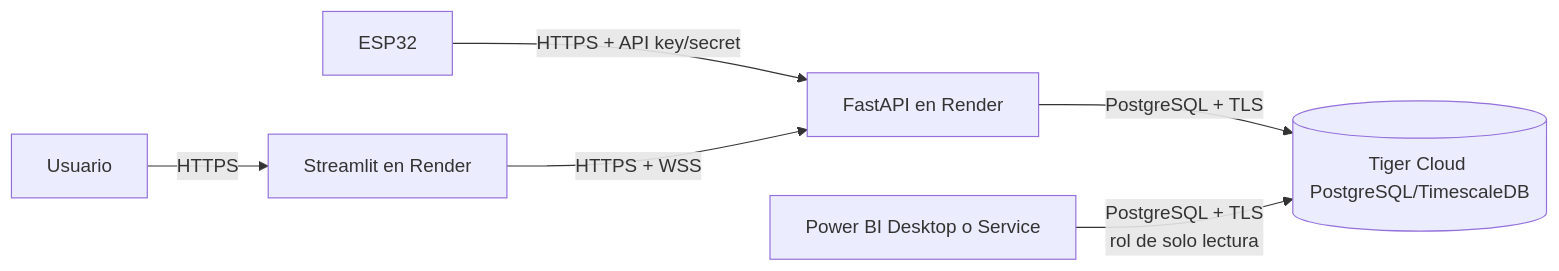
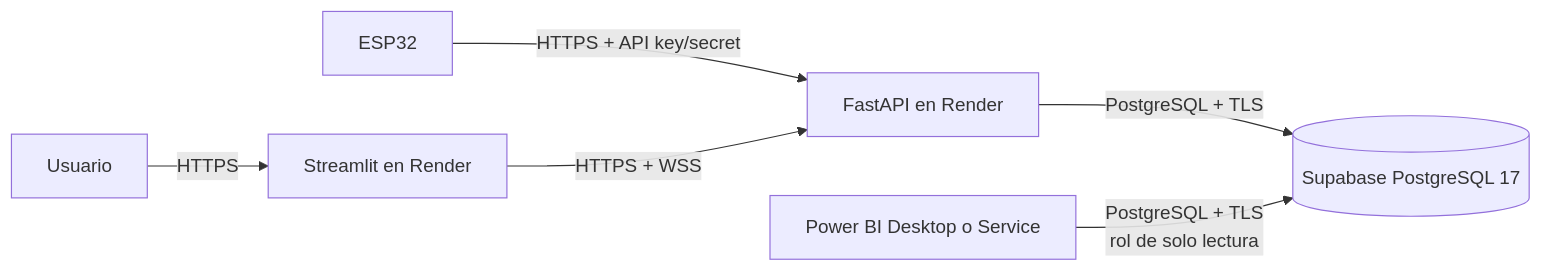
Before and after one commit to carlosflorez183/U: the diagram in docs/ALOJAMIENTO_CLOUD_POWER_BI.md, drawn with Mermaid. The commit also changed other lines of this file and 14 other files, not shown here.

First line of the commit message:
docs: enhance PostgreSQL portability and environment security

````diff
--- a/docs/ALOJAMIENTO_CLOUD_POWER_BI.md
+++ b/docs/ALOJAMIENTO_CLOUD_POWER_BI.md
@@ -16,8 +16,8 @@
 ```mermaid
 flowchart LR
     ESP[ESP32] -->|HTTPS + API key/secret| API[FastAPI en Render]
     WEB[Usuario] -->|HTTPS| ST[Streamlit en Render]
     ST -->|HTTPS + WSS| API
-    API -->|PostgreSQL + TLS| DB[(Tiger Cloud PostgreSQL/TimescaleDB)]
+    API -->|PostgreSQL + TLS| DB[(Supabase PostgreSQL 17)]
     PBI[Power BI Desktop o Service] -->|PostgreSQL + TLS<br/>rol de solo lectura| DB
 ```
````
